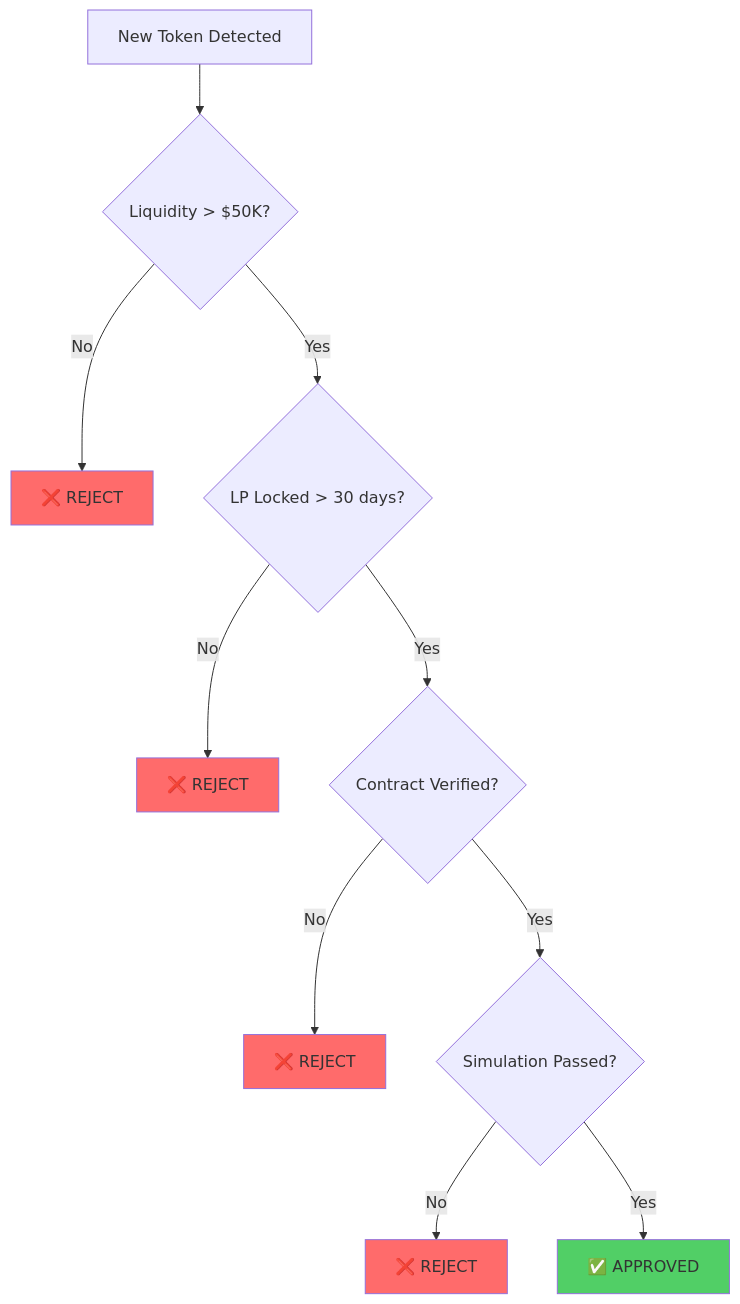
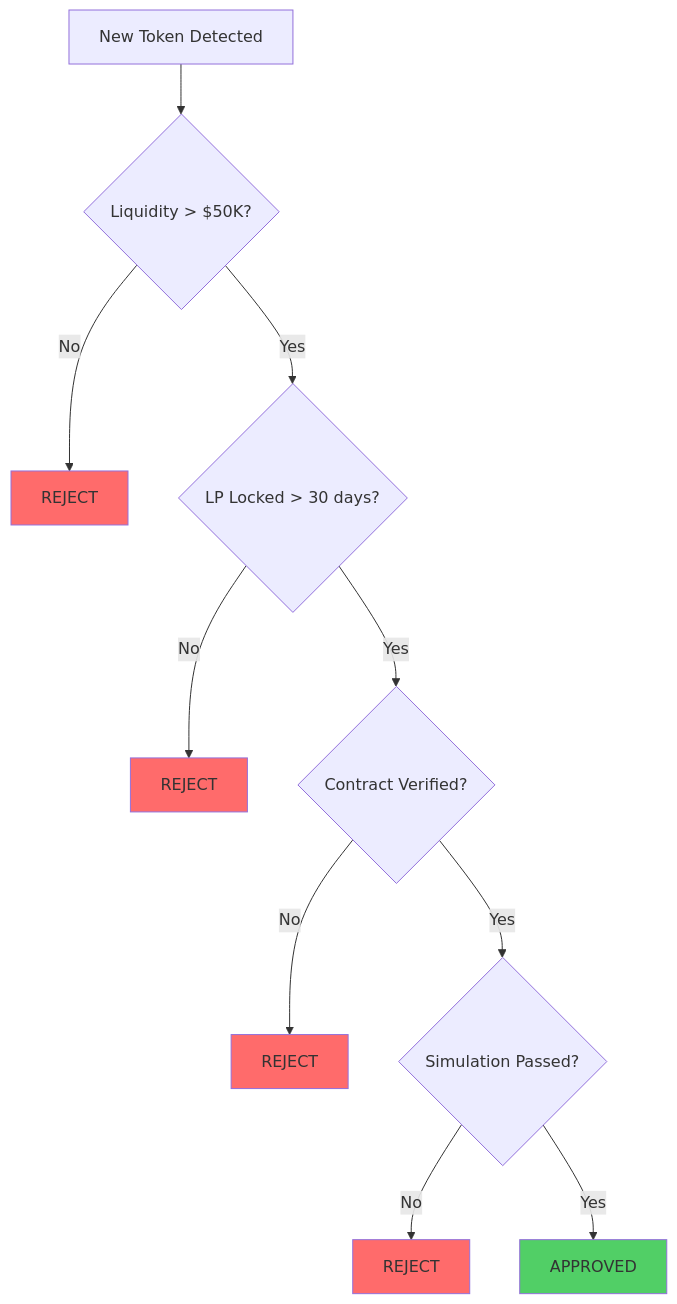
Diagram 12 of 15 in src/16_memecoin_momentum.md (openSVM/solisp-book), drawn with Mermaid before and after one commit. The commit also changed other lines of this file and 20 other files, not shown here.

````diff
--- a/src/16_memecoin_momentum.md
+++ b/src/16_memecoin_momentum.md
@@ -820,18 +820,18 @@
 ```mermaid
 graph TD
     A[New Token Detected] --> B{Liquidity > $50K?}
-    B -->|No| X1[❌ REJECT]
+    B -->|No| X1[ REJECT]
     B -->|Yes| C{LP Locked > 30 days?}
-    C -->|No| X2[❌ REJECT]
+    C -->|No| X2[ REJECT]
     C -->|Yes| D{Contract Verified?}
-    D -->|No| X3[❌ REJECT]
+    D -->|No| X3[ REJECT]
     D -->|Yes| E{Simulation Passed?}
-    E -->|No| X4[❌ REJECT]
-    E -->|Yes| F[✅ APPROVED]
+    E -->|No| X4[ REJECT]
+    E -->|Yes| F[ APPROVED]
 
     style F fill:#51cf66
     style X1 fill:#ff6b6b
     style X2 fill:#ff6b6b
     style X3 fill:#ff6b6b
     style X4 fill:#ff6b6b
 ```
````
